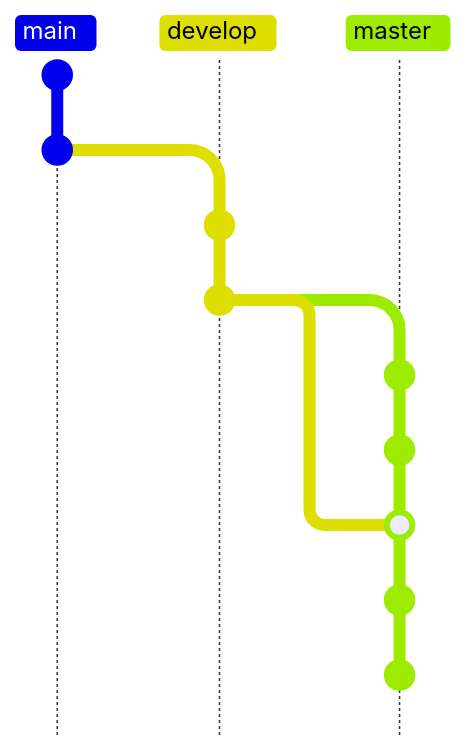
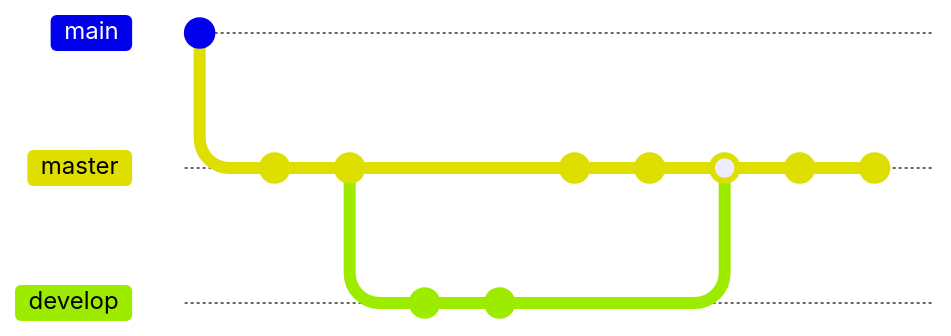
One commit to haprecht/haprecht.github.io changed the diagram in publications.md. Above: the diagram before and after it, drawn with Mermaid. The commit also changed other lines of this file, not shown here. Commit ids are hidden.

```diff
--- a/publications.md
+++ b/publications.md
@@ -8,15 +8,17 @@
-<div class="mermaid"> 
-  gitGraph TB:
+<div class="mermaid">
+  gitGraph
+    commit id: "Initial commit"
+    branch master
+    checkout master
     commit
     commit
     branch develop
     commit
     commit
-    branch master
     checkout master
     commit
     commit
     merge develop
     commit
     commit
 </div>
```
